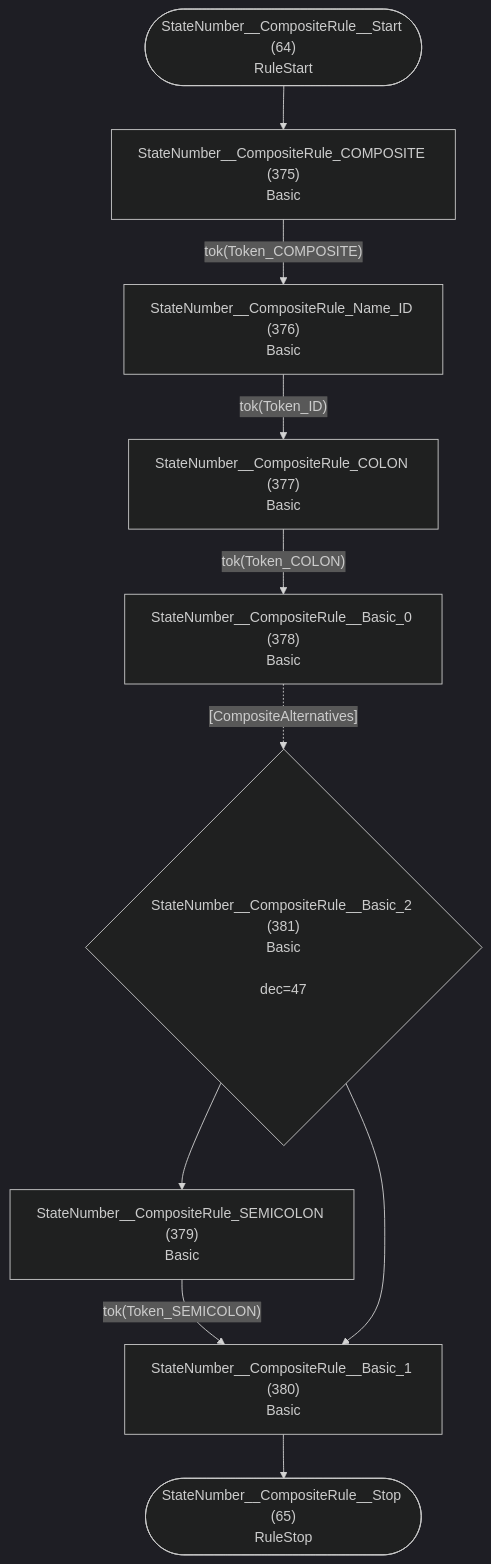
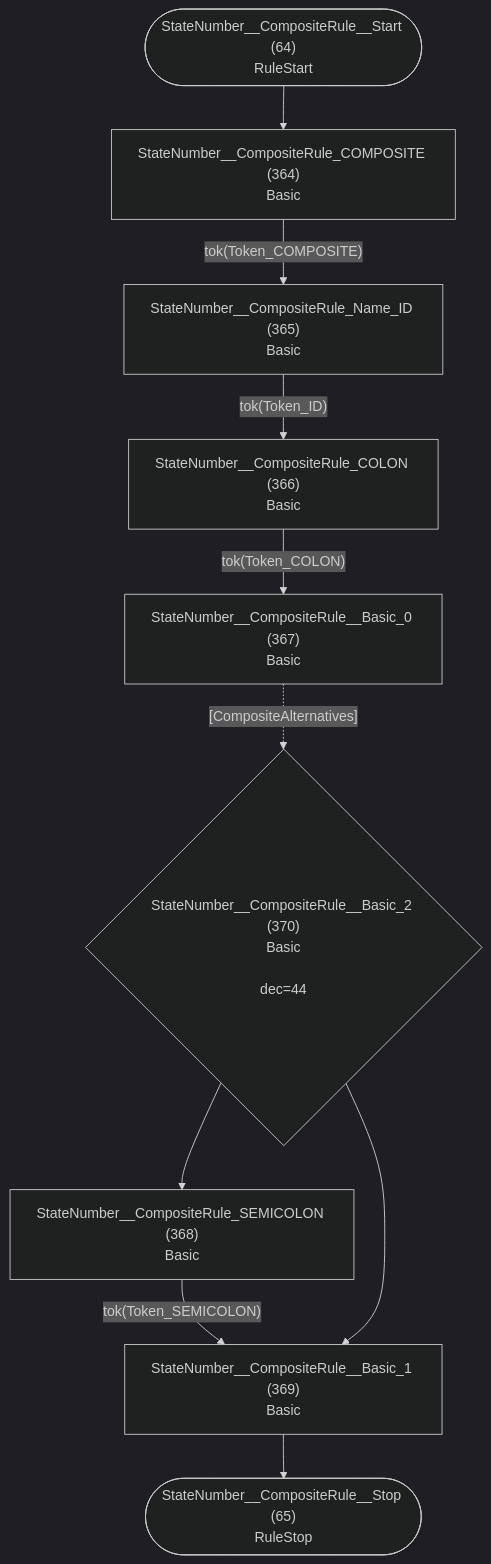
One commit to TypeFox/fastbelt changed diagram 33 of 36 in internal/grammar/atn.md. Above: the diagram before and after it, drawn with Mermaid (dark theme). The commit also changed other lines of this file and 9 other files, not shown here.

````diff
--- a/internal/grammar/atn.md
+++ b/internal/grammar/atn.md
@@ -996,22 +971,22 @@
 ```mermaid
 flowchart TD
     q64(["StateNumber__CompositeRule__Start (64)<br/>RuleStart"])
     q65(["StateNumber__CompositeRule__Stop (65)<br/>RuleStop"])
-    q375["StateNumber__CompositeRule_COMPOSITE (375)<br/>Basic<br/>"]
-    q376["StateNumber__CompositeRule_Name_ID (376)<br/>Basic<br/>"]
-    q377["StateNumber__CompositeRule_COLON (377)<br/>Basic<br/>"]
-    q378["StateNumber__CompositeRule__Basic_0 (378)<br/>Basic<br/>"]
-    q379["StateNumber__CompositeRule_SEMICOLON (379)<br/>Basic<br/>"]
-    q380["StateNumber__CompositeRule__Basic_1 (380)<br/>Basic<br/>"]
-    q381{"StateNumber__CompositeRule__Basic_2 (381)<br/>Basic<br/><br/>dec=47"}
+    q364["StateNumber__CompositeRule_COMPOSITE (364)<br/>Basic<br/>"]
+    q365["StateNumber__CompositeRule_Name_ID (365)<br/>Basic<br/>"]
+    q366["StateNumber__CompositeRule_COLON (366)<br/>Basic<br/>"]
+    q367["StateNumber__CompositeRule__Basic_0 (367)<br/>Basic<br/>"]
+    q368["StateNumber__CompositeRule_SEMICOLON (368)<br/>Basic<br/>"]
+    q369["StateNumber__CompositeRule__Basic_1 (369)<br/>Basic<br/>"]
+    q370{"StateNumber__CompositeRule__Basic_2 (370)<br/>Basic<br/><br/>dec=44"}
 
-    q64 --> q375
-    q375 -->|"tok(Token_COMPOSITE)"| q376
-    q376 -->|"tok(Token_ID)"| q377
-    q377 -->|"tok(Token_COLON)"| q378
-    q378 -.->|"[CompositeAlternatives]"| q381
-    q379 -->|"tok(Token_SEMICOLON)"| q380
-    q380 --> q65
-    q381 --> q379
-    q381 --> q380
+    q64 --> q364
+    q364 -->|"tok(Token_COMPOSITE)"| q365
+    q365 -->|"tok(Token_ID)"| q366
+    q366 -->|"tok(Token_COLON)"| q367
+    q367 -.->|"[CompositeAlternatives]"| q370
+    q368 -->|"tok(Token_SEMICOLON)"| q369
+    q369 --> q65
+    q370 --> q368
+    q370 --> q369
 ```
````
